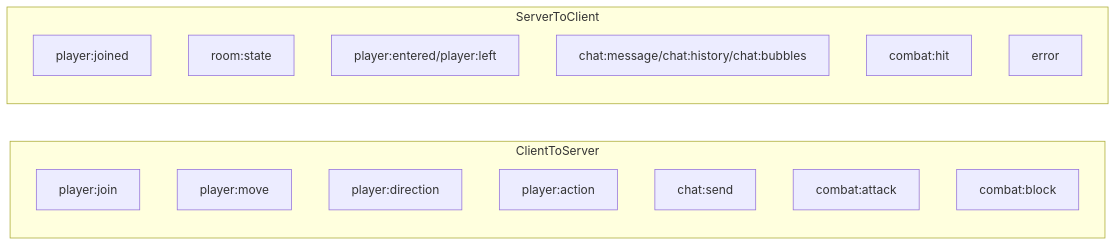
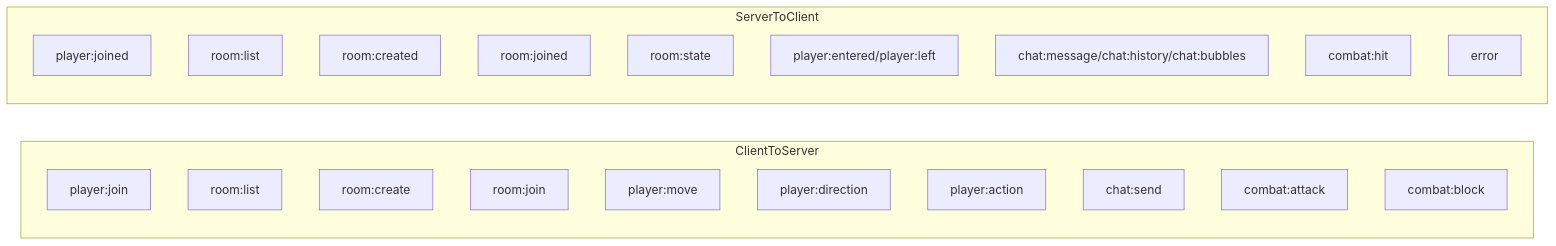
Before and after one commit to nikolamilosevic86/OmniLounge: the second of 2 diagrams in docs/06-data-events-and-storage.md, drawn with Mermaid. The commit also changed other lines of this file and 11 other files, not shown here.

Commit message:
feat: add room chooser create/join flow with TDD helpers

````diff
--- a/docs/06-data-events-and-storage.md
+++ b/docs/06-data-events-and-storage.md
@@ -45,21 +47,27 @@
 ```mermaid
 flowchart LR
   subgraph ClientToServer
     J[player:join]
+    RL[room:list]
+    RC[room:create]
+    RJ[room:join]
     M[player:move]
     D[player:direction]
     A[player:action]
     C[chat:send]
     ATK[combat:attack]
     BLK[combat:block]
   end
 
   subgraph ServerToClient
     PJ[player:joined]
+    RL2[room:list]
+    RC2[room:created]
+    RJ2[room:joined]
     RS[room:state]
     CE[player:entered/player:left]
     CM[chat:message/chat:history/chat:bubbles]
     HIT[combat:hit]
     ERR[error]
   end
 ```
````
